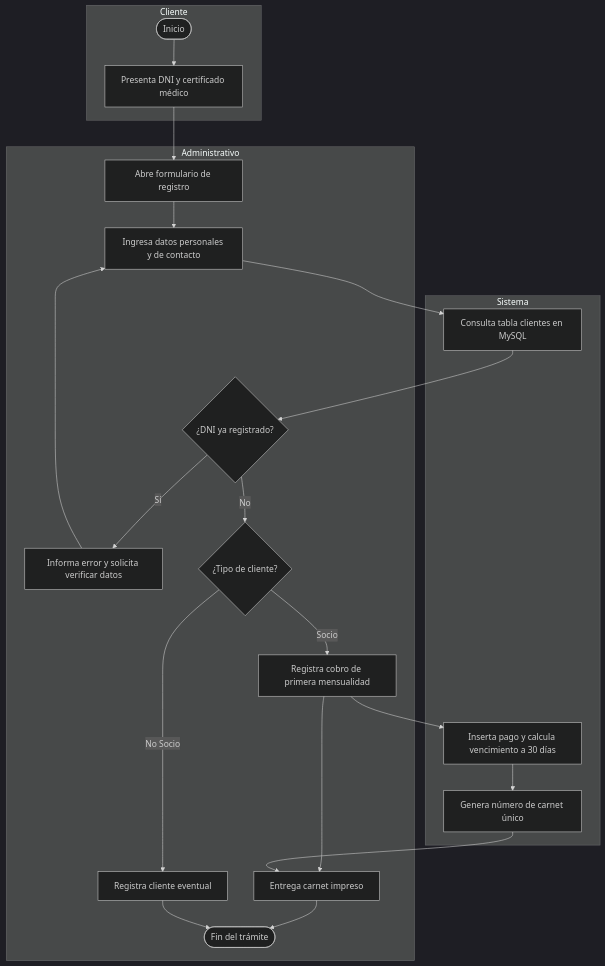
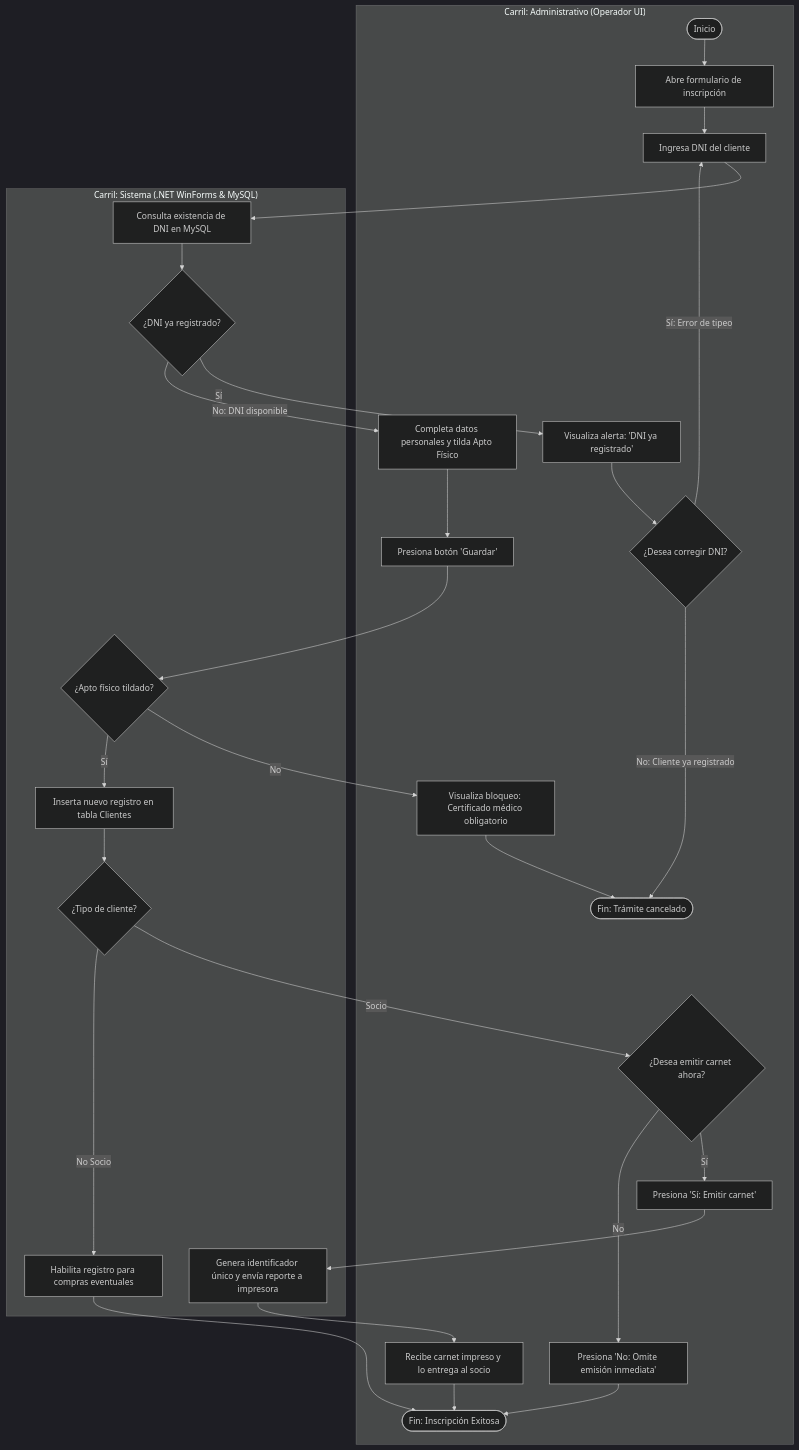
The second of 3 diagrams in README.md (SabriiAC/gestion_club_deportivo), drawn with Mermaid (dark theme) before and after one commit. The commit also changed other lines of this file, not shown here.

````diff
--- a/README.md
+++ b/README.md
@@ -216,27 +184,41 @@
 ```mermaid
 flowchart TD
-    subgraph Cliente
-        A1([Inicio]) --> A2[Presenta DNI y certificado médico]
+    subgraph Admin ["Carril: Administrativo (Operador UI)"]
+        A1([Inicio]) --> A2[Abre formulario de inscripción]
+        A2 --> A3[Ingresa DNI del cliente]
+        
+        A4[Visualiza alerta: 'DNI ya registrado'] --> A4_1{¿Desea corregir DNI?}
+        A4_1 -- Sí: Error de tipeo --> A3
+        A4_1 -- No: Cliente ya registrado --> A8([Fin: Trámite cancelado])
+        
+        A5[Completa datos personales y tilda Apto Físico] --> A6[Presiona botón 'Guardar']
+        
+        A7[Visualiza bloqueo: Certificado médico obligatorio] --> A8
+        
+        A9{¿Desea emitir carnet ahora?} -- Sí --> A10[Presiona 'Sí: Emitir carnet']
+        A9 -- No --> A11[Presiona 'No: Omite emisión inmediata']
+        
+        A13[Recibe carnet impreso y lo entrega al socio] --> A12([Fin: Inscripción Exitosa])
+        A11 --> A12
     end
 
-    subgraph Administrativo
-        A2 --> B1[Abre formulario de registro]
-        B1 --> B2[Ingresa datos personales y de contacto]
-        B4{¿DNI ya registrado?} -- Sí --> B5[Informa error y solicita verificar datos]
-        B5 --> B2
-        B4 -- No --> B6{¿Tipo de cliente?}
-        B6 -- Socio --> B7[Registra cobro de primera mensualidad]
-        B6 -- No Socio --> B8[Registra cliente eventual]
-        B7 --> B9[Entrega carnet impreso]
-        B9 --> B10([Fin del trámite])
-        B8 --> B10
-    end
+    subgraph Sys ["Carril: Sistema (.NET WinForms & MySQL)"]
+        A3 --> S1[Consulta existencia de DNI en MySQL]
+        S1 --> S2{¿DNI ya registrado?}
+        
+        S2 -- Sí --> A4
+        S2 -- No: DNI disponible --> A5
+        
+        A6 --> S3{¿Apto físico tildado?}
+        S3 -- No --> A7
+        S3 -- Sí --> S4[Inserta nuevo registro en tabla Clientes]
+        
+        S4 --> S5{¿Tipo de cliente?}
+        S5 -- Socio --> A9
+        S5 -- No Socio --> S6[Habilita registro para compras eventuales]
+        S6 --> A12
 
-    subgraph Sistema
-        B2 --> C1[Consulta tabla clientes en MySQL]
-        C1 --> B4
-        B7 --> C2[Inserta pago y calcula vencimiento a 30 días]
-        C2 --> C3[Genera número de carnet único]
-        C3 --> B9
+        A10 --> S7[Genera identificador único y envía reporte a impresora]
+        S7 --> A13
     end
 ```
````
